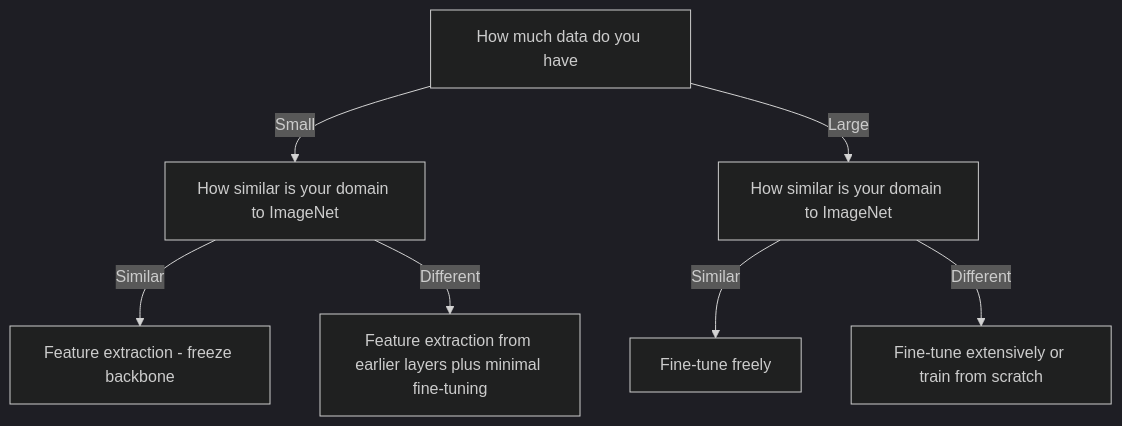
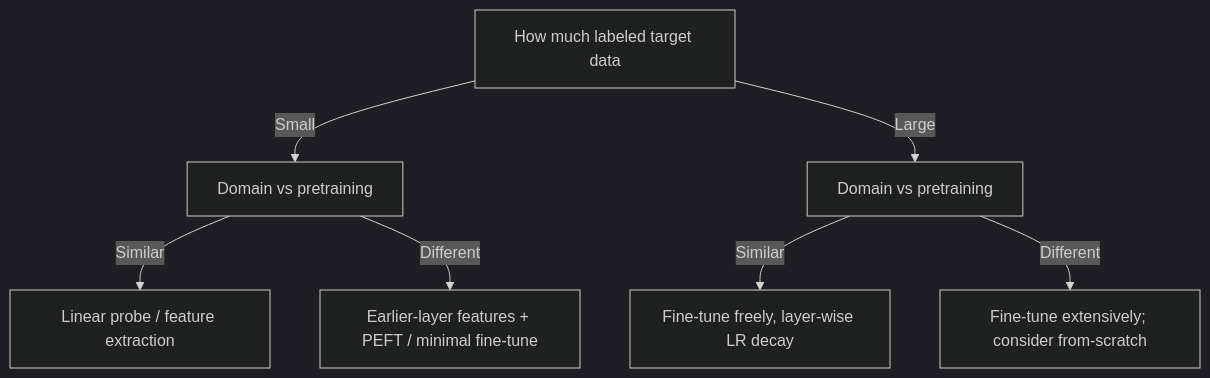
Before and after one commit to CODECRUNCHWORLDWIDE/C56-CRUNCH-VISION: the diagram in curriculum/week-05-transfer-learning-for-vision/lecture-notes/02-feature-extraction-vs-finetuning.md, drawn with Mermaid (dark theme). The commit also changed other lines of this file and 254 other files, not shown here.

Commit message:
docs: add diagrams + sync content from curriculum source

````diff
--- a/curriculum/week-05-transfer-learning-for-vision/lecture-notes/02-feature-extraction-vs-finetuning.md
+++ b/curriculum/week-05-transfer-learning-for-vision/lecture-notes/02-feature-extraction-vs-finetuning.md
@@ -39,9 +84,9 @@
 ```mermaid
 flowchart TD
-  A["How much data do you have"] -->|Small| B["How similar is your domain to ImageNet"]
-  A -->|Large| C["How similar is your domain to ImageNet"]
-  B -->|Similar| D["Feature extraction - freeze backbone"]
-  B -->|Different| E["Feature extraction from earlier layers plus minimal fine-tuning"]
-  C -->|Similar| F["Fine-tune freely"]
-  C -->|Different| G["Fine-tune extensively or train from scratch"]
+  A["How much labeled target data"] -->|Small| B["Domain vs pretraining"]
+  A -->|Large| C["Domain vs pretraining"]
+  B -->|Similar| D["Linear probe / feature extraction"]
+  B -->|Different| E["Earlier-layer features + PEFT / minimal fine-tune"]
+  C -->|Similar| F["Fine-tune freely, layer-wise LR decay"]
+  C -->|Different| G["Fine-tune extensively; consider from-scratch"]
 ```
````
